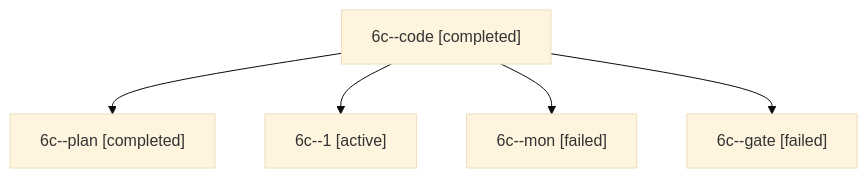
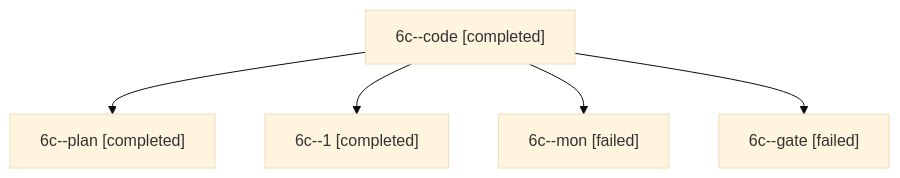
Before and after one commit to bobs-org/bob-cli--agents: the diagram in sessions/bbugyi200.apollo.6c.md, drawn with Mermaid (base theme). The commit also changed other lines of this file and 58 other files, not shown here.

````diff
--- a/sessions/bbugyi200.apollo.6c.md
+++ b/sessions/bbugyi200.apollo.6c.md
@@ -9,12 +9,12 @@
 ```mermaid
 flowchart TD
   n0["6c--code [completed]"]
   n1["6c--plan [completed]"]
   n0 --> n1
-  n2["6c--1 [active]"]
+  n2["6c--1 [completed]"]
   n0 --> n2
   n3["6c--mon [failed]"]
   n0 --> n3
   n4["6c--gate [failed]"]
   n0 --> n4
 ```
````
